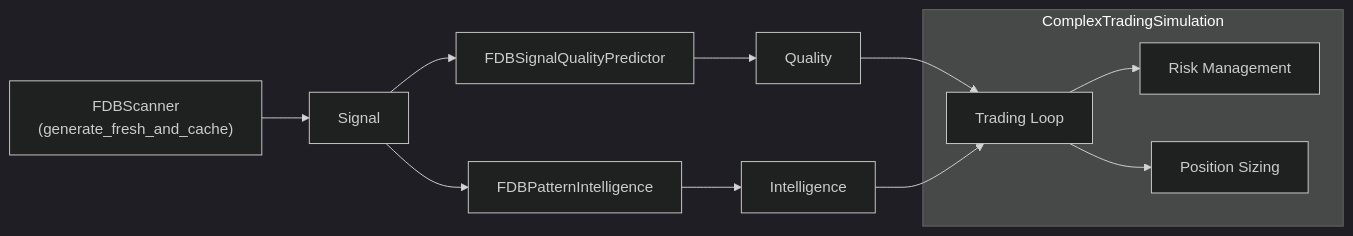
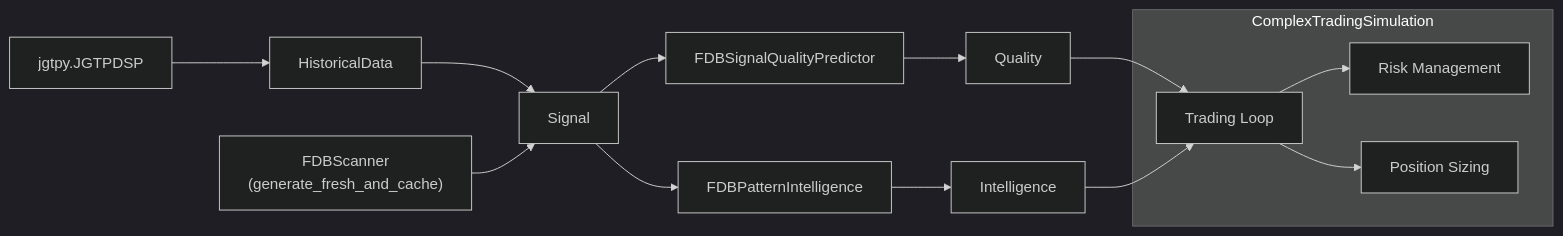
One commit to jgwill/jgtml changed the first of 2 diagrams in docs/complex_trading_simulation.md. Above: the diagram before and after it, drawn with Mermaid (dark theme). The commit also changed other lines of this file and 1 other file, not shown here.

Commit message:
@workspace  for the "_generate_market_data" I find that a little irrelevant to use randomness when we could use our historical data created by what @jgtpy  offers

````diff
--- a/docs/complex_trading_simulation.md
+++ b/docs/complex_trading_simulation.md
@@ -19,17 +19,19 @@
 ```mermaid
 flowchart LR
+    JGTPDSP["jgtpy.JGTPDSP"] --> HistoricalData
+    HistoricalData --> Signal
     Scanner["FDBScanner\n(generate_fresh_and_cache)"] --> Signal
     PatternIntelligence["FDBPatternIntelligence"] --> Intelligence
     SignalQuality["FDBSignalQualityPredictor"] --> Quality
     Signal --> SignalQuality
     Signal --> PatternIntelligence
     Quality --> Simulation
     Intelligence --> Simulation
     subgraph "ComplexTradingSimulation"
         Simulation["Trading Loop"]
         RiskManager["Risk Management"]
         PositionSizer["Position Sizing"]
         Simulation --> RiskManager
         Simulation --> PositionSizer
     end
 ```
````
